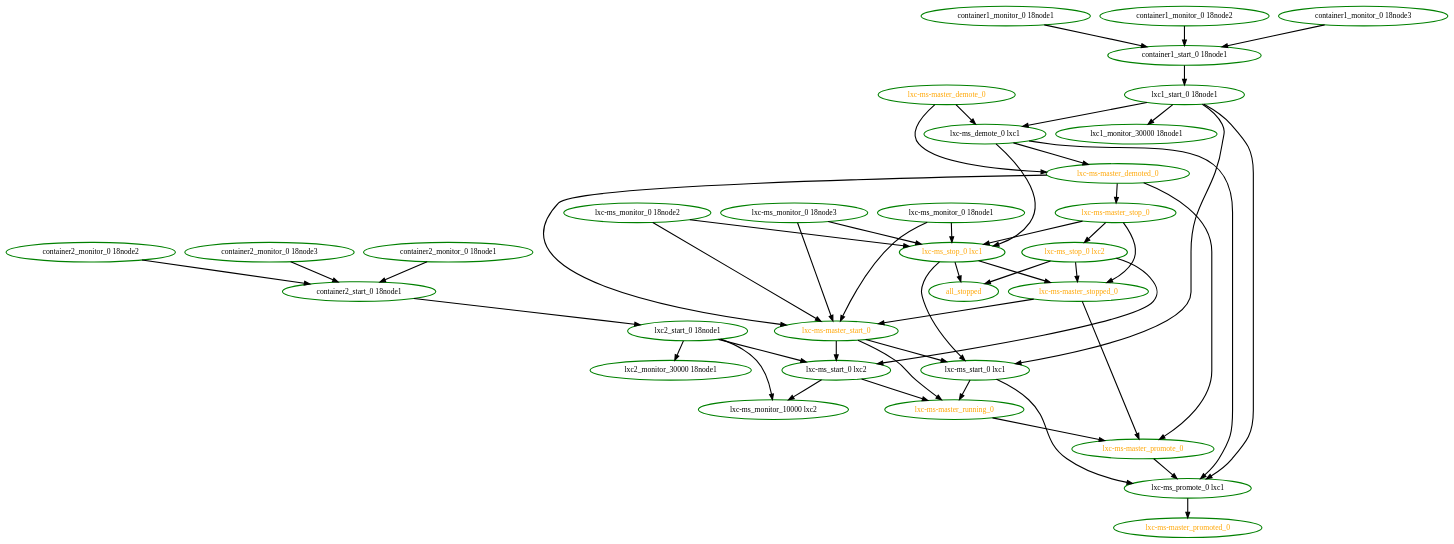
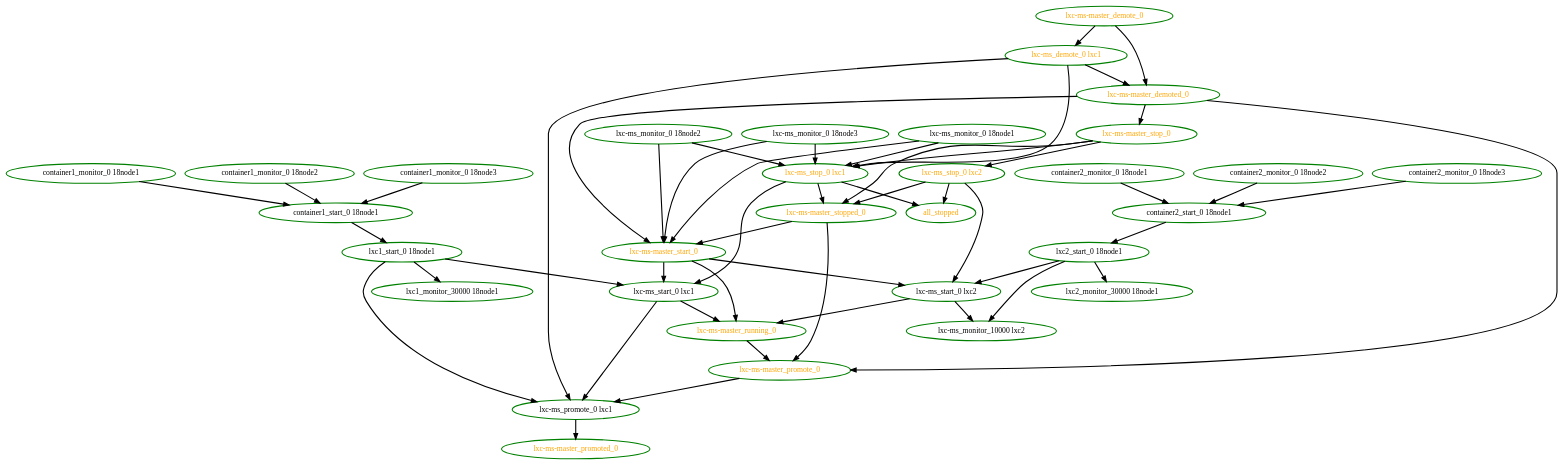
The diagram in pengine/test10/whitebox-ms-ordering.dot (ClusterLabs/pacemaker), drawn with Graphviz before and after one commit. The commit also changed 3 other files, not shown here.

```diff
--- a/pengine/test10/whitebox-ms-ordering.dot
+++ b/pengine/test10/whitebox-ms-ordering.dot
@@ -1,83 +1,82 @@
  digraph "g" {
 "all_stopped" [ style=bold color="green" fontcolor="orange"]
 "container1_monitor_0 18node1" -> "container1_start_0 18node1" [ style = bold]
 "container1_monitor_0 18node1" [ style=bold color="green" fontcolor="black"]
 "container1_monitor_0 18node2" -> "container1_start_0 18node1" [ style = bold]
 "container1_monitor_0 18node2" [ style=bold color="green" fontcolor="black"]
 "container1_monitor_0 18node3" -> "container1_start_0 18node1" [ style = bold]
 "container1_monitor_0 18node3" [ style=bold color="green" fontcolor="black"]
 "container1_start_0 18node1" -> "lxc1_start_0 18node1" [ style = bold]
 "container1_start_0 18node1" [ style=bold color="green" fontcolor="black"]
 "container2_monitor_0 18node1" -> "container2_start_0 18node1" [ style = bold]
 "container2_monitor_0 18node1" [ style=bold color="green" fontcolor="black"]
 "container2_monitor_0 18node2" -> "container2_start_0 18node1" [ style = bold]
 "container2_monitor_0 18node2" [ style=bold color="green" fontcolor="black"]
 "container2_monitor_0 18node3" -> "container2_start_0 18node1" [ style = bold]
 "container2_monitor_0 18node3" [ style=bold color="green" fontcolor="black"]
 "container2_start_0 18node1" -> "lxc2_start_0 18node1" [ style = bold]
 "container2_start_0 18node1" [ style=bold color="green" fontcolor="black"]
 "lxc-ms-master_demote_0" -> "lxc-ms-master_demoted_0" [ style = bold]
 "lxc-ms-master_demote_0" -> "lxc-ms_demote_0 lxc1" [ style = bold]
 "lxc-ms-master_demote_0" [ style=bold color="green" fontcolor="orange"]
 "lxc-ms-master_demoted_0" -> "lxc-ms-master_promote_0" [ style = bold]
 "lxc-ms-master_demoted_0" -> "lxc-ms-master_start_0" [ style = bold]
 "lxc-ms-master_demoted_0" -> "lxc-ms-master_stop_0" [ style = bold]
 "lxc-ms-master_demoted_0" [ style=bold color="green" fontcolor="orange"]
 "lxc-ms-master_promote_0" -> "lxc-ms_promote_0 lxc1" [ style = bold]
 "lxc-ms-master_promote_0" [ style=bold color="green" fontcolor="orange"]
 "lxc-ms-master_promoted_0" [ style=bold color="green" fontcolor="orange"]
 "lxc-ms-master_running_0" -> "lxc-ms-master_promote_0" [ style = bold]
 "lxc-ms-master_running_0" [ style=bold color="green" fontcolor="orange"]
 "lxc-ms-master_start_0" -> "lxc-ms-master_running_0" [ style = bold]
 "lxc-ms-master_start_0" -> "lxc-ms_start_0 lxc1" [ style = bold]
 "lxc-ms-master_start_0" -> "lxc-ms_start_0 lxc2" [ style = bold]
 "lxc-ms-master_start_0" [ style=bold color="green" fontcolor="orange"]
 "lxc-ms-master_stop_0" -> "lxc-ms-master_stopped_0" [ style = bold]
 "lxc-ms-master_stop_0" -> "lxc-ms_stop_0 lxc1" [ style = bold]
 "lxc-ms-master_stop_0" -> "lxc-ms_stop_0 lxc2" [ style = bold]
 "lxc-ms-master_stop_0" [ style=bold color="green" fontcolor="orange"]
 "lxc-ms-master_stopped_0" -> "lxc-ms-master_promote_0" [ style = bold]
 "lxc-ms-master_stopped_0" -> "lxc-ms-master_start_0" [ style = bold]
 "lxc-ms-master_stopped_0" [ style=bold color="green" fontcolor="orange"]
 "lxc-ms_demote_0 lxc1" -> "lxc-ms-master_demoted_0" [ style = bold]
 "lxc-ms_demote_0 lxc1" -> "lxc-ms_promote_0 lxc1" [ style = bold]
 "lxc-ms_demote_0 lxc1" -> "lxc-ms_stop_0 lxc1" [ style = bold]
-"lxc-ms_demote_0 lxc1" [ style=bold color="green" fontcolor="black"]
+"lxc-ms_demote_0 lxc1" [ style=bold color="green" fontcolor="orange"]
 "lxc-ms_monitor_0 18node1" -> "lxc-ms-master_start_0" [ style = bold]
 "lxc-ms_monitor_0 18node1" -> "lxc-ms_stop_0 lxc1" [ style = bold]
 "lxc-ms_monitor_0 18node1" [ style=bold color="green" fontcolor="black"]
 "lxc-ms_monitor_0 18node2" -> "lxc-ms-master_start_0" [ style = bold]
 "lxc-ms_monitor_0 18node2" -> "lxc-ms_stop_0 lxc1" [ style = bold]
 "lxc-ms_monitor_0 18node2" [ style=bold color="green" fontcolor="black"]
 "lxc-ms_monitor_0 18node3" -> "lxc-ms-master_start_0" [ style = bold]
 "lxc-ms_monitor_0 18node3" -> "lxc-ms_stop_0 lxc1" [ style = bold]
 "lxc-ms_monitor_0 18node3" [ style=bold color="green" fontcolor="black"]
 "lxc-ms_monitor_10000 lxc2" [ style=bold color="green" fontcolor="black"]
 "lxc-ms_promote_0 lxc1" -> "lxc-ms-master_promoted_0" [ style = bold]
 "lxc-ms_promote_0 lxc1" [ style=bold color="green" fontcolor="black"]
 "lxc-ms_start_0 lxc1" -> "lxc-ms-master_running_0" [ style = bold]
 "lxc-ms_start_0 lxc1" -> "lxc-ms_promote_0 lxc1" [ style = bold]
 "lxc-ms_start_0 lxc1" [ style=bold color="green" fontcolor="black"]
 "lxc-ms_start_0 lxc2" -> "lxc-ms-master_running_0" [ style = bold]
 "lxc-ms_start_0 lxc2" -> "lxc-ms_monitor_10000 lxc2" [ style = bold]
 "lxc-ms_start_0 lxc2" [ style=bold color="green" fontcolor="black"]
 "lxc-ms_stop_0 lxc1" -> "all_stopped" [ style = bold]
 "lxc-ms_stop_0 lxc1" -> "lxc-ms-master_stopped_0" [ style = bold]
 "lxc-ms_stop_0 lxc1" -> "lxc-ms_start_0 lxc1" [ style = bold]
 "lxc-ms_stop_0 lxc1" [ style=bold color="green" fontcolor="orange"]
 "lxc-ms_stop_0 lxc2" -> "all_stopped" [ style = bold]
 "lxc-ms_stop_0 lxc2" -> "lxc-ms-master_stopped_0" [ style = bold]
 "lxc-ms_stop_0 lxc2" -> "lxc-ms_start_0 lxc2" [ style = bold]
 "lxc-ms_stop_0 lxc2" [ style=bold color="green" fontcolor="orange"]
 "lxc1_monitor_30000 18node1" [ style=bold color="green" fontcolor="black"]
-"lxc1_start_0 18node1" -> "lxc-ms_demote_0 lxc1" [ style = bold]
 "lxc1_start_0 18node1" -> "lxc-ms_promote_0 lxc1" [ style = bold]
 "lxc1_start_0 18node1" -> "lxc-ms_start_0 lxc1" [ style = bold]
 "lxc1_start_0 18node1" -> "lxc1_monitor_30000 18node1" [ style = bold]
 "lxc1_start_0 18node1" [ style=bold color="green" fontcolor="black"]
 "lxc2_monitor_30000 18node1" [ style=bold color="green" fontcolor="black"]
 "lxc2_start_0 18node1" -> "lxc-ms_monitor_10000 lxc2" [ style = bold]
 "lxc2_start_0 18node1" -> "lxc-ms_start_0 lxc2" [ style = bold]
 "lxc2_start_0 18node1" -> "lxc2_monitor_30000 18node1" [ style = bold]
 "lxc2_start_0 18node1" [ style=bold color="green" fontcolor="black"]
 }
```
